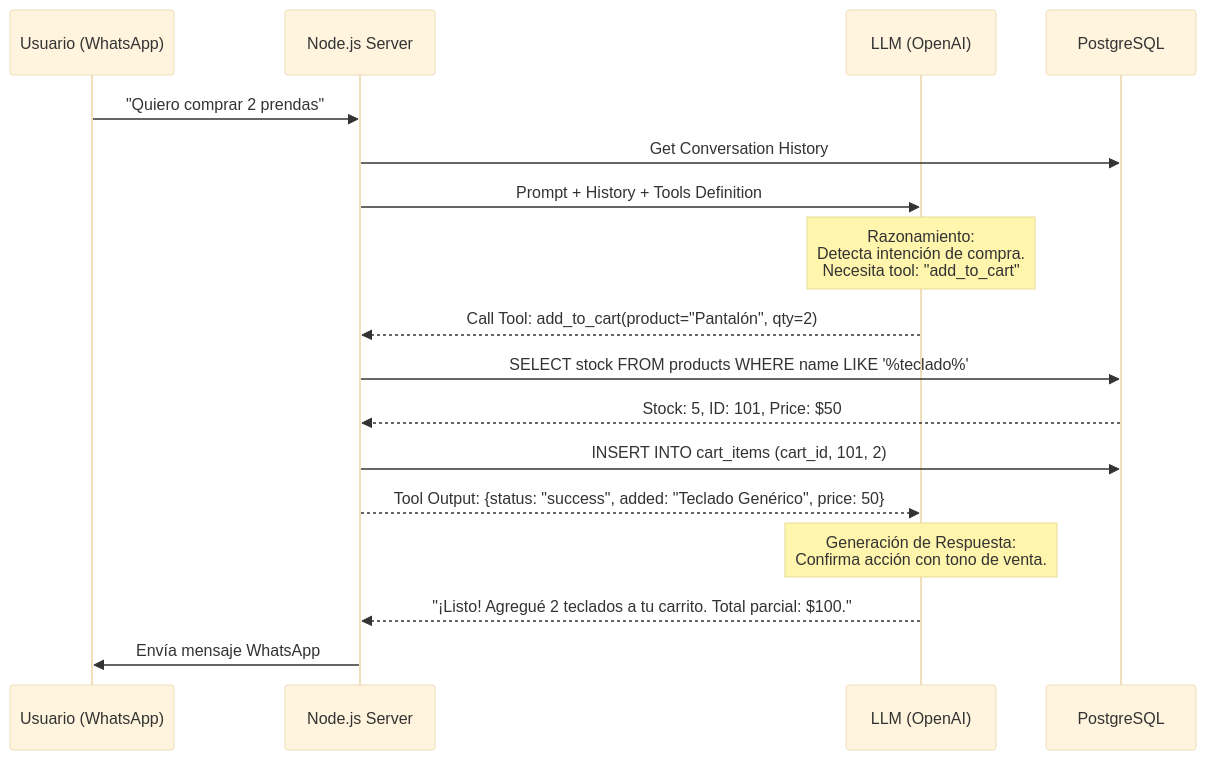
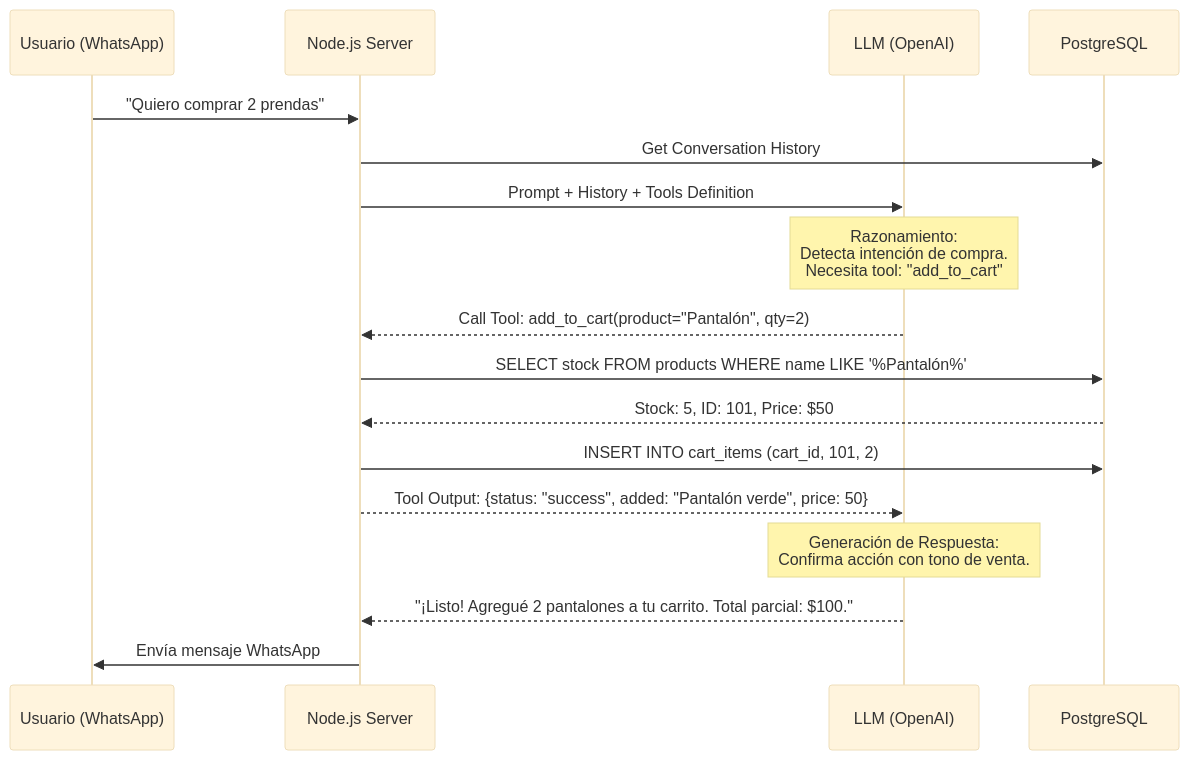
One commit to AFacundoOrtiz/laburen-ai-agent changed the second of 2 diagrams in docs/CONCEPTUAL_DESIGN.md. Above: the diagram before and after it, drawn with Mermaid (base theme).

Commit message:
docs: Agent design document

````diff
--- a/docs/CONCEPTUAL_DESIGN.md
+++ b/docs/CONCEPTUAL_DESIGN.md
@@ -42,24 +42,24 @@
 ```mermaid
 sequenceDiagram
     participant User as Usuario (WhatsApp)
     participant Backend as Node.js Server
     participant AI as LLM (OpenAI)
     participant DB as PostgreSQL
 
     User->>Backend: "Quiero comprar 2 prendas"
     Backend->>DB: Get Conversation History
     Backend->>AI: Prompt + History + Tools Definition
     
     Note over AI: Razonamiento: <br/>Detecta intención de compra.<br/>Necesita tool: "add_to_cart"
     
     AI-->>Backend: Call Tool: add_to_cart(product="Pantalón", qty=2)
-    Backend->>DB: SELECT stock FROM products WHERE name LIKE '%teclado%'
+    Backend->>DB: SELECT stock FROM products WHERE name LIKE '%Pantalón%'
     DB-->>Backend: Stock: 5, ID: 101, Price: $50
     Backend->>DB: INSERT INTO cart_items (cart_id, 101, 2)
-    Backend-->>AI: Tool Output: {status: "success", added: "Teclado Genérico", price: 50}
+    Backend-->>AI: Tool Output: {status: "success", added: "Pantalón verde", price: 50}
     
     Note over AI: Generación de Respuesta:<br/>Confirma acción con tono de venta.
     
-    AI-->>Backend: "¡Listo! Agregué 2 teclados a tu carrito. Total parcial: $100."
+    AI-->>Backend: "¡Listo! Agregué 2 pantalones a tu carrito. Total parcial: $100."
     Backend->>User: Envía mensaje WhatsApp
 ```
````
